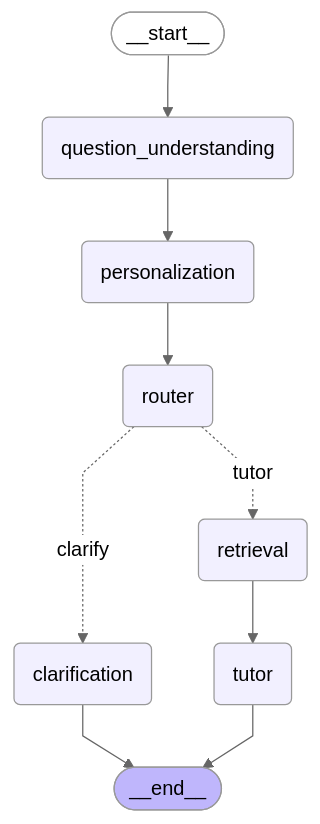
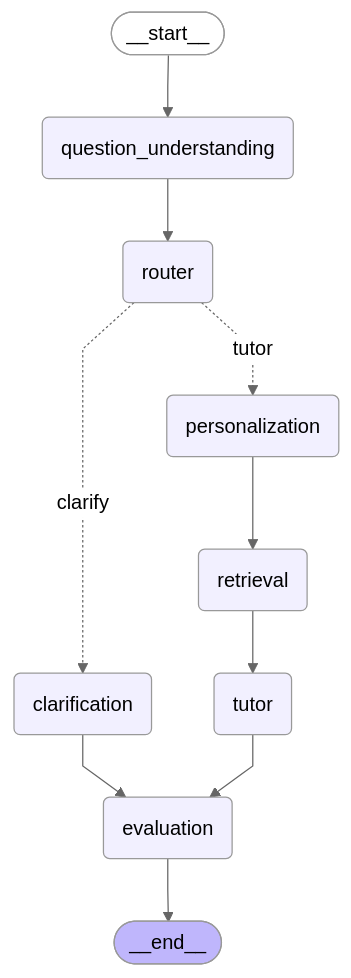
Before and after one commit to tariqmagsi/agentic-ai-tutor: the diagram in tutor_graph.mmd, drawn with Mermaid (neutral theme). The commit also changed 24 other files, not shown here.

Commit message:
evaluation added and some improvements in graph

```diff
--- a/tutor_graph.mmd
+++ b/tutor_graph.mmd
@@ -1,25 +1,27 @@
 ---
 config:
   flowchart:
     curve: linear
 ---
 graph TD;
 	__start__([<p>__start__</p>]):::first
 	question_understanding(question_understanding)
 	personalization(personalization)
 	router(router)
 	clarification(clarification)
 	retrieval(retrieval)
 	tutor(tutor)
+	evaluation(evaluation)
 	__end__([<p>__end__</p>]):::last
 	__start__ --> question_understanding;
-	personalization --> router;
-	question_understanding --> personalization;
+	clarification --> evaluation;
+	personalization --> retrieval;
+	question_understanding --> router;
 	retrieval --> tutor;
 	router -. &nbsp;clarify&nbsp; .-> clarification;
-	router -. &nbsp;tutor&nbsp; .-> retrieval;
-	clarification --> __end__;
-	tutor --> __end__;
+	router -. &nbsp;tutor&nbsp; .-> personalization;
+	tutor --> evaluation;
+	evaluation --> __end__;
 	classDef default fill:#f2f0ff,line-height:1.2
 	classDef first fill-opacity:0
 	classDef last fill:#bfb6fc
```
